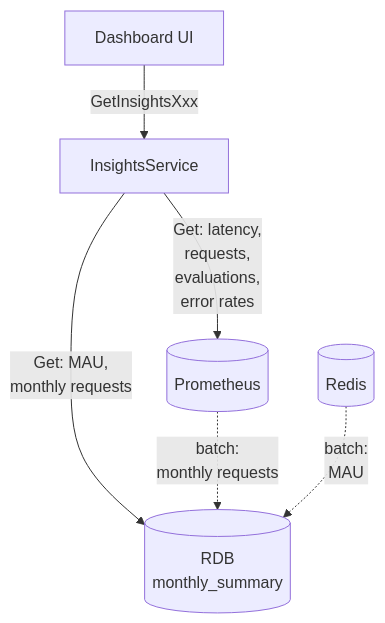
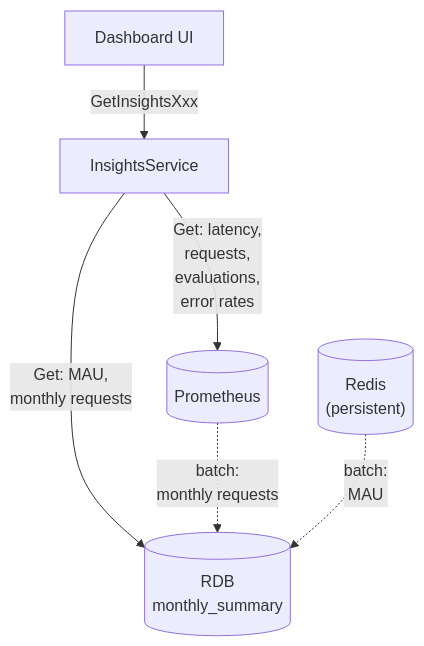
The first of 2 diagrams in docs/rfcs/0045-insights-dashboard.md (bucketeer-io/bucketeer), drawn with Mermaid before and after one commit. The commit also changed other lines of this file and 5 other files, not shown here.

````diff
--- a/docs/rfcs/0045-insights-dashboard.md
+++ b/docs/rfcs/0045-insights-dashboard.md
@@ -47,9 +47,9 @@
 ```mermaid
 graph TD
     UI[Dashboard UI] -->|GetInsightsXxx| BK[InsightsService]
     BK -->|Get: latency,<br>requests,<br>evaluations,<br>error rates| PROM[(Prometheus)]
     BK -->|Get: MAU,<br>monthly requests|RDB[(RDB<br>monthly_summary)]
 
     PROM-.->|batch:<br>monthly requests|RDB
-    REDIS[("Redis")]-.->|batch:<br>MAU|RDB
+    REDIS[("Redis<br>(persistent)")]-.->|batch:<br>MAU|RDB
 ```
````
